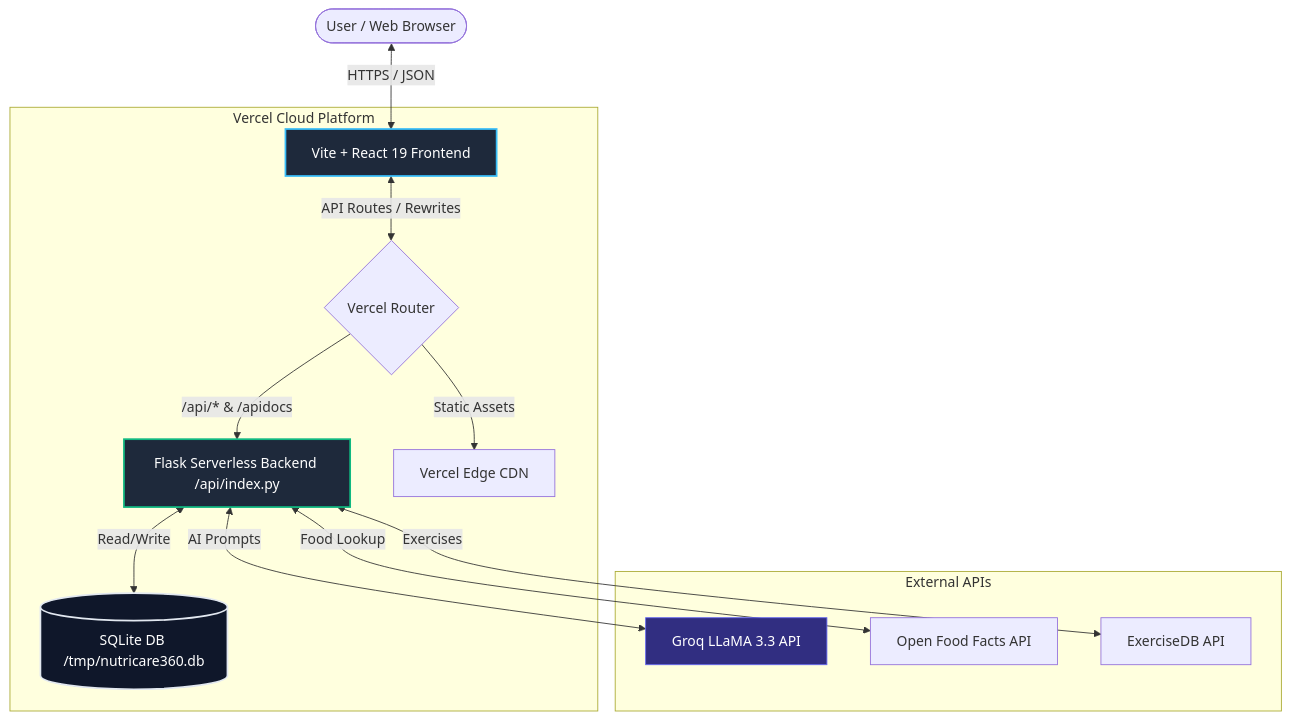
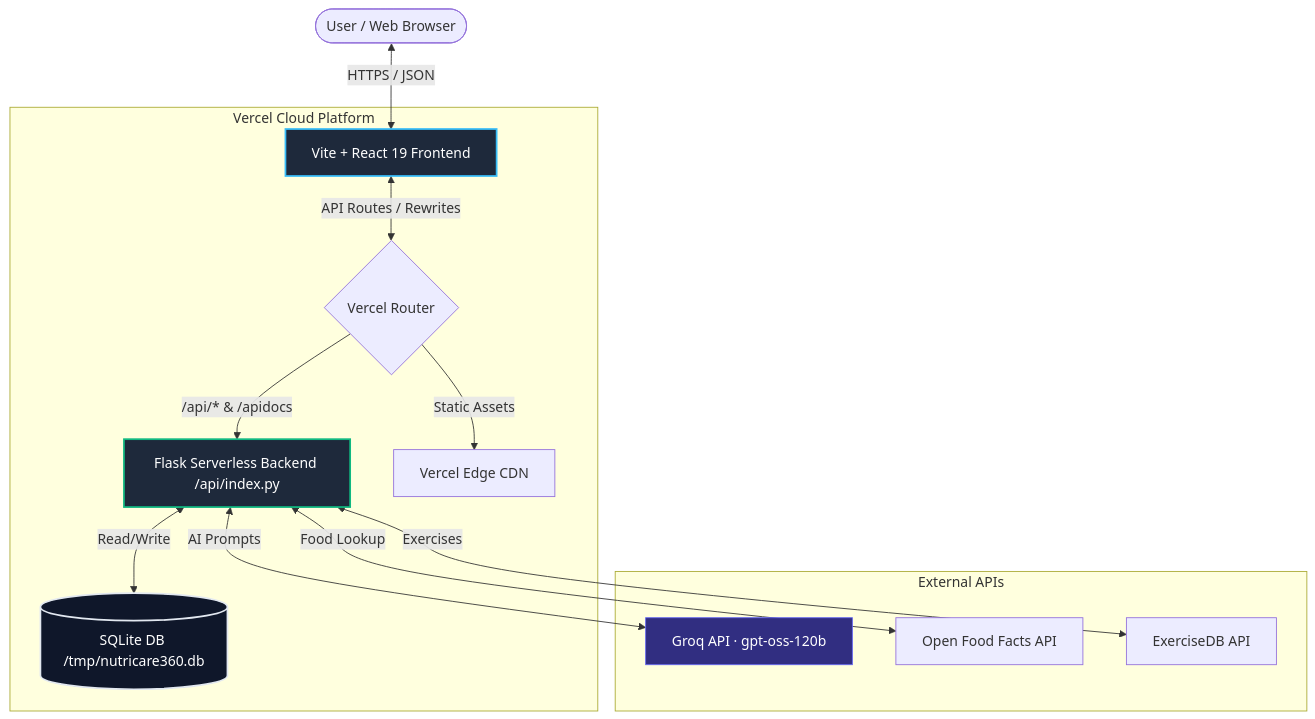
Before and after one commit to SairajJadhav08/NutriCare-360: the diagram in docs/CASE_STUDY.md, drawn with Mermaid. The commit also changed other lines of this file and 199 other files, not shown here.

````diff
--- a/docs/CASE_STUDY.md
+++ b/docs/CASE_STUDY.md
@@ -24,22 +24,22 @@
 ```mermaid
 graph TD
     User([User / Web Browser]) <--> |HTTPS / JSON| Frontend[Vite + React 19 Frontend]
     
     subgraph Vercel Cloud Platform
         Frontend <--> |API Routes / Rewrites| VercelRouting{Vercel Router}
         VercelRouting --> |/api/* & /apidocs| Backend[Flask Serverless Backend /api/index.py]
         VercelRouting --> |Static Assets| StaticHost[Vercel Edge CDN]
         Backend <--> |Read/Write| DB[(SQLite DB /tmp/nutricare360.db)]
     end
 
     subgraph External APIs
-        Backend <--> |AI Prompts| Groq[Groq LLaMA 3.3 API]
+        Backend <--> |AI Prompts| Groq[Groq API · gpt-oss-120b]
         Backend <--> |Food Lookup| OFF[Open Food Facts API]
         Backend <--> |Exercises| ExDB[ExerciseDB API]
     end
     
     style Frontend fill:#1e293b,stroke:#38bdf8,stroke-width:2px,color:#fff
     style Backend fill:#1e293b,stroke:#10b981,stroke-width:2px,color:#fff
     style DB fill:#0f172a,stroke:#e2e8f0,stroke-width:2px,color:#fff
     style Groq fill:#312e81,stroke:#6366f1,stroke-width:1px,color:#fff
 ```
````
